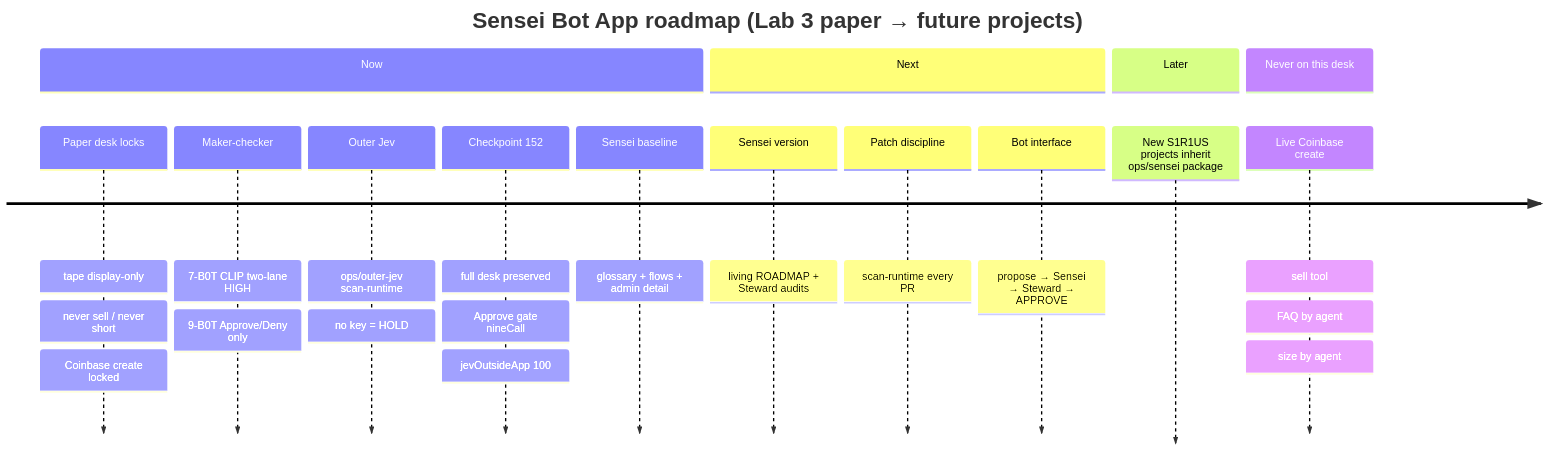
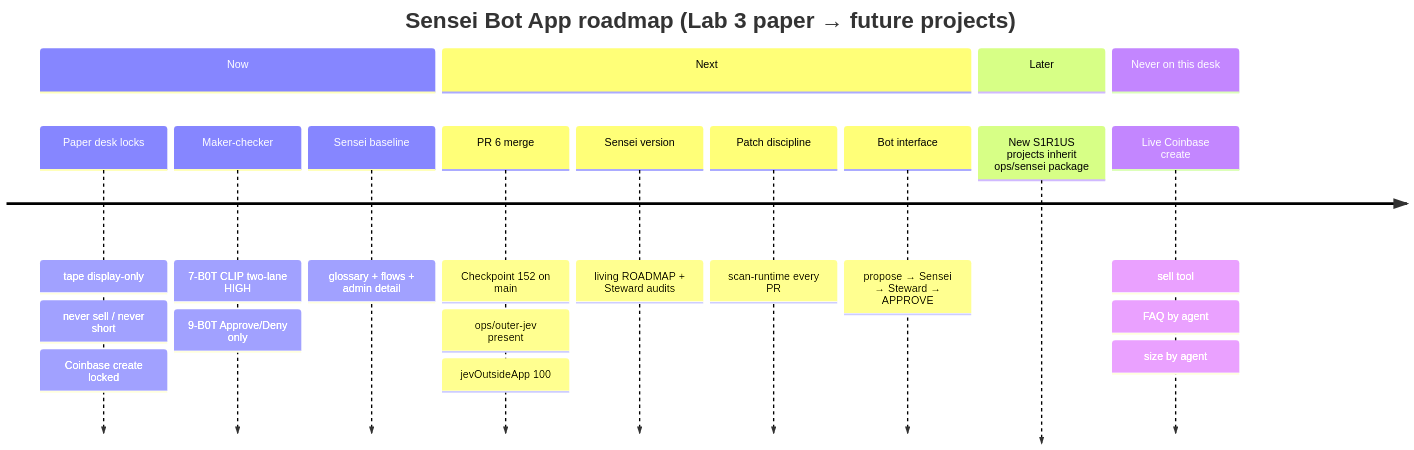
Before and after one commit to S1R1US-AI/lab3-visible-sandbox: the diagram in ops/sensei/ROADMAP.md, drawn with Mermaid. The commit also changed other lines of this file and 7 other files, not shown here.

Commit message:
docs(sensei): mark Checkpoint 152 / outer-jev as pending PR #6 (Steward HOLD fix)

````diff
--- a/ops/sensei/ROADMAP.md
+++ b/ops/sensei/ROADMAP.md
@@ -19,24 +20,22 @@
 ```mermaid
 timeline
     title Sensei Bot App roadmap (Lab 3 paper → future projects)
     section Now
       Paper desk locks : tape display-only
                        : never sell / never short
                        : Coinbase create locked
       Maker-checker    : 7-B0T CLIP two-lane HIGH
                        : 9-B0T Approve/Deny only
-      Outer Jev        : ops/outer-jev scan-runtime
-                       : no key = HOLD
-      Checkpoint 152   : full desk preserved
-                       : Approve gate nineCall
-                       : jevOutsideApp 100
       Sensei baseline  : glossary + flows + admin detail
     section Next
+      PR 6 merge       : Checkpoint 152 on main
+                       : ops/outer-jev present
+                       : jevOutsideApp 100
       Sensei version   : living ROADMAP + Steward audits
       Patch discipline : scan-runtime every PR
       Bot interface    : propose → Sensei → Steward → APPROVE
     section Later
       New S1R1US projects inherit ops/sensei package
     section Never on this desk
       Live Coinbase create : sell tool : FAQ by agent : size by agent
 ```
````
